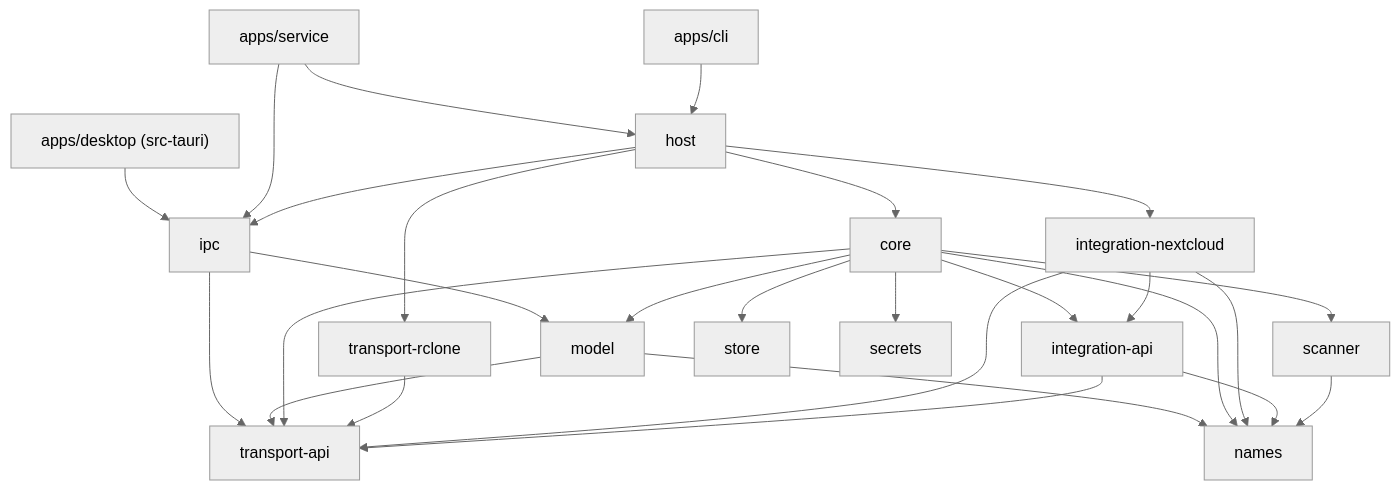
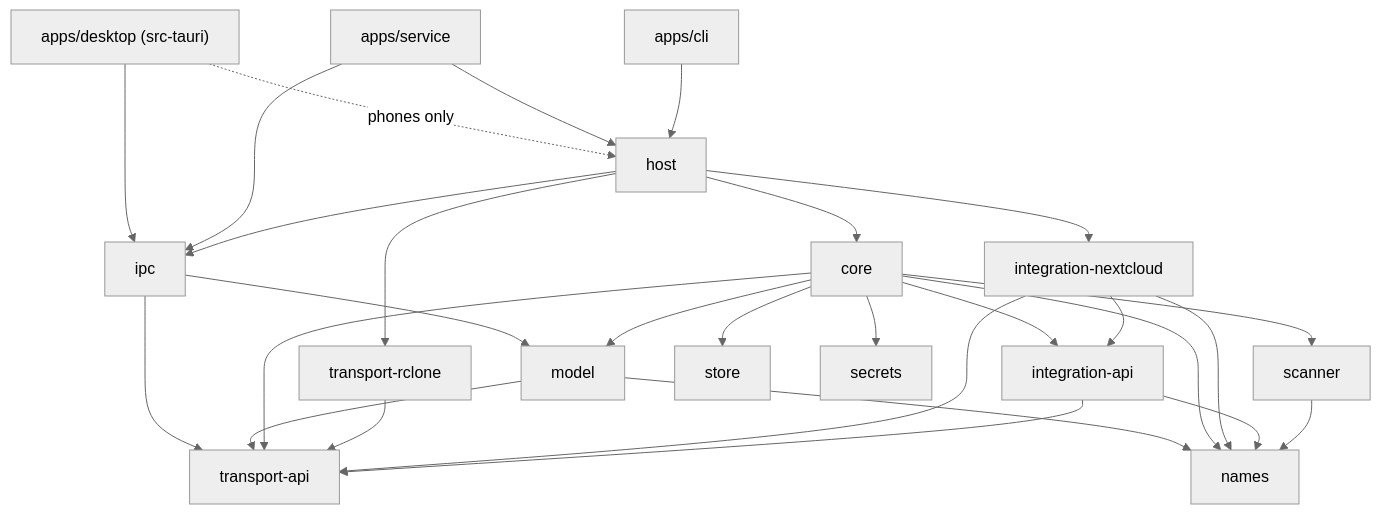
Before and after one commit to nevespvasco/filebridge: the diagram in docs/08-repository-structure.md, drawn with Mermaid (neutral theme). The commit also changed other lines of this file and 92 other files, not shown here.

````diff
--- a/docs/08-repository-structure.md
+++ b/docs/08-repository-structure.md
@@ -37,29 +39,30 @@
 ```mermaid
 flowchart TB
     desktop["apps/desktop (src-tauri)"] --> ipc
+    desktop -. "phones only" .-> host
     service["apps/service"] --> ipc
     service --> host
     cli["apps/cli"] --> host
     host --> core
     host --> ipc
     host --> trc["transport-rclone"]
     host --> inc["integration-nextcloud"]
     ipc --> model
     ipc --> tapi
     core --> model
     model --> tapi
     model --> names
     core --> tapi["transport-api"]
     core --> iapi["integration-api"]
     core --> names
     core --> scanner
     core --> store
     core --> secrets
     trc --> tapi
     inc --> iapi
     inc --> tapi
     inc --> names
     iapi --> tapi
     iapi --> names
     scanner --> names
 ```
````
